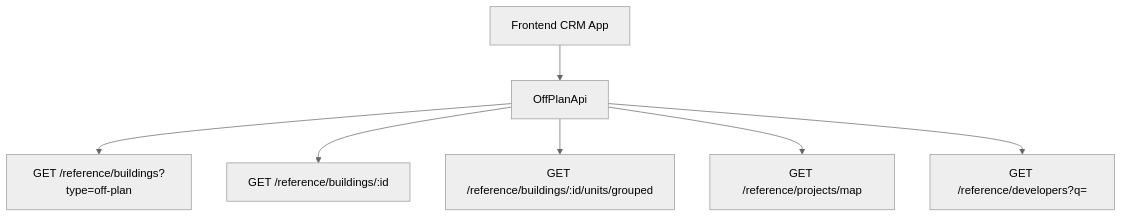
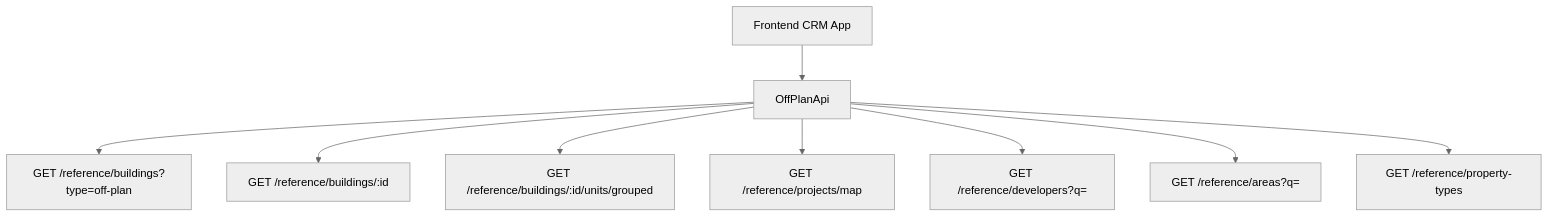
One commit to tech-propwise-org/docs changed the diagram in backend/real-estate/off-plan-directory-implementation.mdx. Above: the diagram before and after it, drawn with Mermaid (neutral theme). The commit also changed other lines of this file and 25 other files, not shown here.

````diff
--- a/backend/real-estate/off-plan-directory-implementation.mdx
+++ b/backend/real-estate/off-plan-directory-implementation.mdx
@@ -42,9 +32,11 @@
 ```mermaid
 graph TD
     A[Frontend CRM App] --> B[OffPlanApi]
     B --> C[GET /reference/buildings?type=off-plan]
     B --> D[GET /reference/buildings/:id]
     B --> E[GET /reference/buildings/:id/units/grouped]
     B --> F[GET /reference/projects/map]
     B --> G[GET /reference/developers?q=]
+    B --> H[GET /reference/areas?q=]
+    B --> I[GET /reference/property-types]
 ```
````
